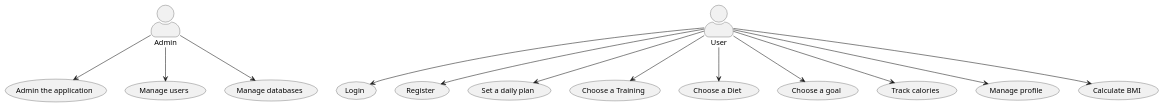
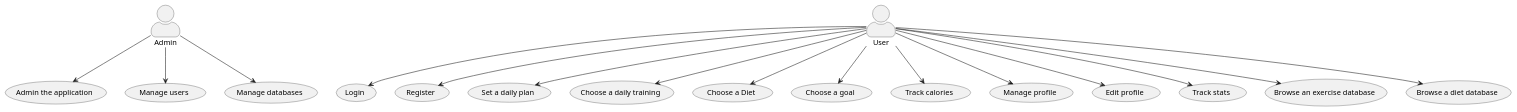
The diagram in src/UseCaseDiagram.puml (PatrikStrausz/gym-be), drawn with PlantUML before and after one commit. The commit also changed 1 other file, not shown here.

Commit message:
Use case diagram updated

```diff
--- a/src/UseCaseDiagram.puml
+++ b/src/UseCaseDiagram.puml
@@ -1,20 +1,23 @@
 @startuml
 
 skinparam actorStyle awesome
 Admin --> (Admin the application)
 Admin --> (Manage users)
 Admin --> (Manage databases)
 
 
 User --> (Login)
 User --> (Register)
 User --> (Set a daily plan)
-User --> (Choose a Training)
+User --> (Choose a daily training)
 User --> (Choose a Diet)
 User --> (Choose a goal)
 User --> (Track calories)
 User --> (Manage profile)
-User --> (Calculate BMI)
+User --> (Edit profile)
+User --> (Track stats)
+User --> (Browse an exercise database)
+User --> (Browse a diet database)
 
 
 @enduml
```
